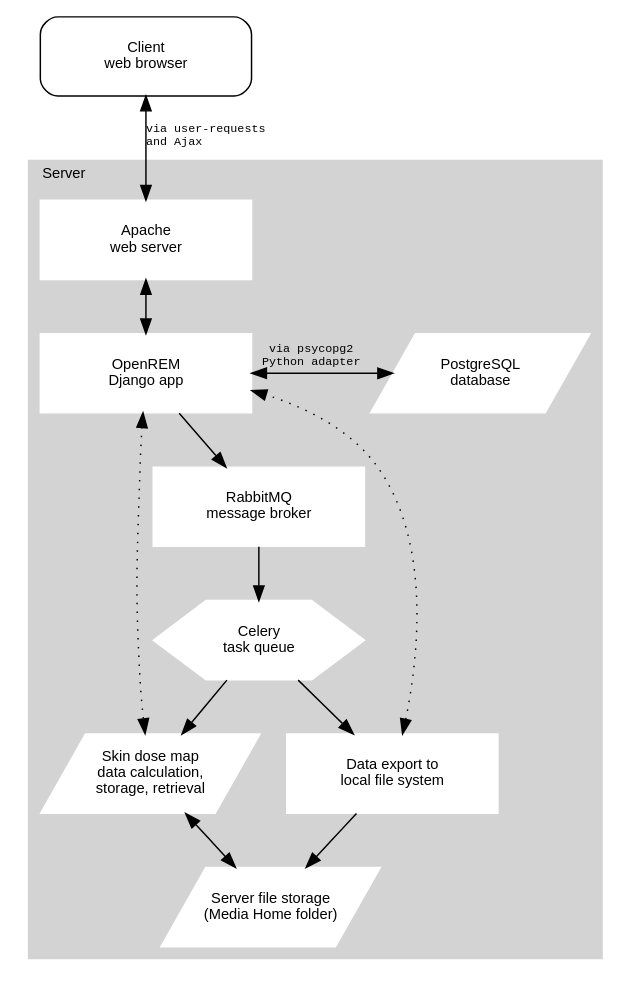
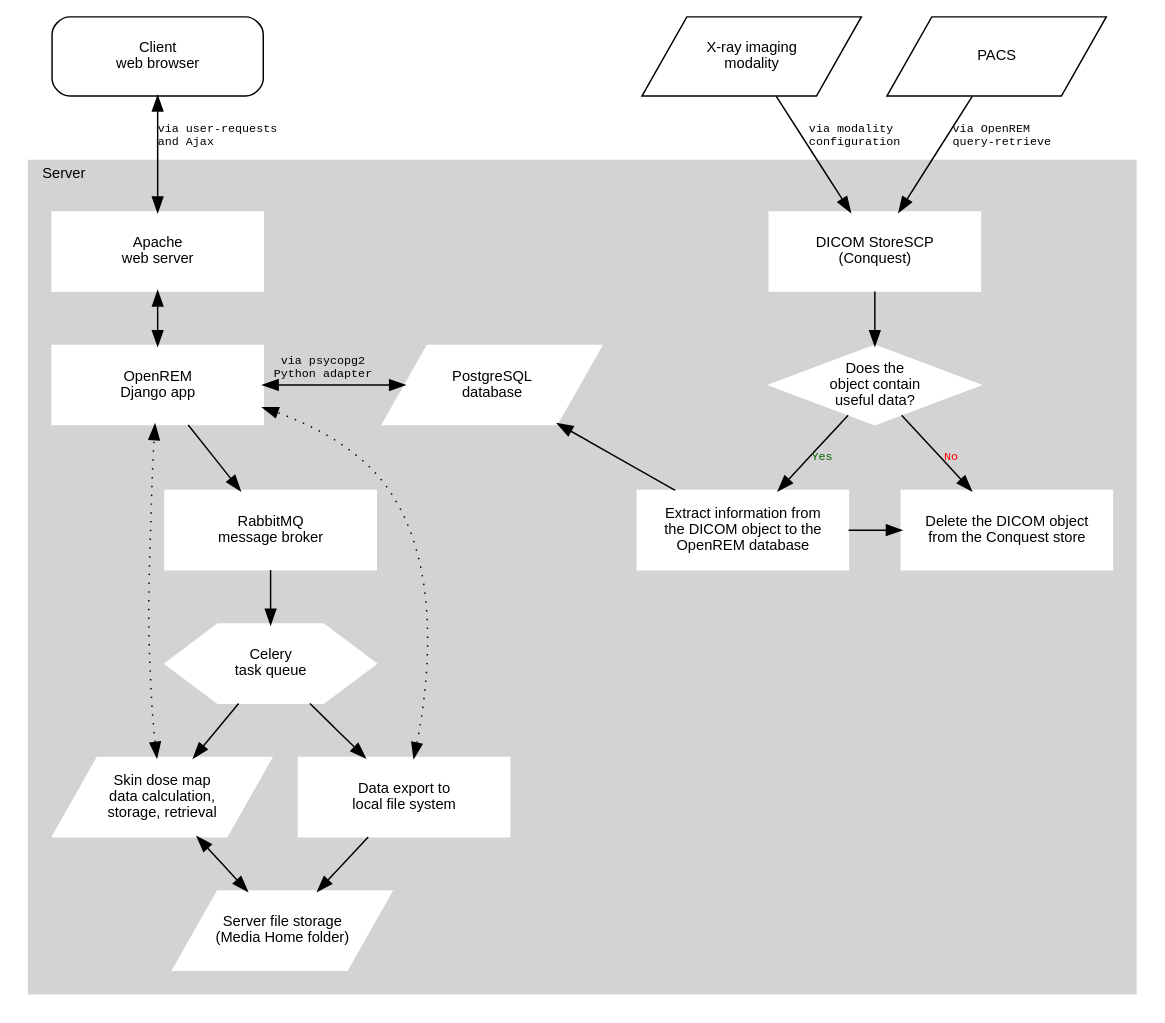
Before and after one commit to ckswilliams/modOpenREM: the diagram in docs/testgraphviz.rst, drawn with Graphviz. The commit also changed other lines of this file, not shown here.

Commit message:
Combined the two diagrams into one. References issue #448

```diff
--- a/docs/testgraphviz.rst
+++ b/docs/testgraphviz.rst
@@ -7,47 +4,78 @@
 .. graphviz::
 
    digraph {
       node [fixedsize=true width=2.0 height=0.75 fontsize=10 margin="0.0,0.0"];
 
       // Define the things on the server
       subgraph cluster_server {
+
          label="Server";
          tooltip="The server";
          labeljust=l;
          fontname="Helvetica";
          fontsize=10;
          style=filled;
          color=lightgrey;
          node [style=filled color=white];
 
-         // Define the nodes
-         webserver [label="Apache\nweb server" fontname="Helvetica" tooltip="Serve web pages to the user" shape="box"];
-         python_django [label="OpenREM\nDjango app" fontname="Helvetica" tooltip="Python web framework" shape="box"];
-         database [label="PostgreSQL\ndatabase" fontname="Helvetica" tooltip="Relational database management system" shape="parallelogram"];
-         rabbitmq [label="RabbitMQ\nmessage broker" fontname="Helvetica" tooltip="Message broker" shape="box"];
-         celery [label="Celery\ntask queue" fontname="Helvetica" tooltip="Asynchronous task queue" shape="hexagon"];
-         skin_dose_map_data [label="Skin dose map\ndata calculation,\nstorage, retrieval" fontname="Helvetica" tooltip="Calculate, store and retrieve skin dose map data" shape="parallelogram"];
-         server_media_folder [label="Server file storage\n(Media Home folder)" fontname="Helvetica" tooltip="File storage on the server" shape="parallelogram"];
-         data_export [label="Data export to\nlocal file system" fontname="Helvetica" tooltip="Files are made available to the user via a web page URL" shape="box"];
+         subgraph cluster_processing {
+            label="";
 
-         // Define the links between the nodes
-         webserver -> python_django [dir=both];
-         python_django -> database [dir=both label="via psycopg2\nPython adapter" fontsize=8 fontname="Courier"];
-         python_django -> rabbitmq;
-         rabbitmq -> celery;
-         celery -> skin_dose_map_data;
-         celery -> data_export;
-         skin_dose_map_data -> server_media_folder [dir=both];
-         skin_dose_map_data -> python_django [style=dotted dir=both];
-         data_export -> server_media_folder;
-         data_export -> python_django [style=dotted dir=both];
+            // Define the nodes
+            webserver [label="Apache\nweb server" fontname="Helvetica" tooltip="Serve web pages to the user" shape="box"];
+            python_django [label="OpenREM\nDjango app" fontname="Helvetica" tooltip="Python web framework" shape="box"];
+            database [label="PostgreSQL\ndatabase" fontname="Helvetica" tooltip="Relational database management system" shape="parallelogram"];
+            rabbitmq [label="RabbitMQ\nmessage broker" fontname="Helvetica" tooltip="Message broker" shape="box"];
+            celery [label="Celery\ntask queue" fontname="Helvetica" tooltip="Asynchronous task queue" shape="hexagon"];
+            skin_dose_map_data [label="Skin dose map\ndata calculation,\nstorage, retrieval" fontname="Helvetica" tooltip="Calculate, store and retrieve skin dose map data" shape="parallelogram"];
+            server_media_folder [label="Server file storage\n(Media Home folder)" fontname="Helvetica" tooltip="File storage on the server" shape="parallelogram"];
+            data_export [label="Data export to\nlocal file system" fontname="Helvetica" tooltip="Files are made available to the user via a web page URL" shape="box"];
 
-         // Force python_django and the database to be on the same level
-         {rank=same; python_django database}
-         {rank=same; skin_dose_map_data data_export}
+            // Define the links between the nodes
+            webserver -> python_django [dir=both];
+            python_django -> database [dir=both label="via psycopg2\nPython adapter" fontsize=8 fontname="Courier"];
+            python_django -> rabbitmq;
+            rabbitmq -> celery;
+            celery -> skin_dose_map_data;
+            celery -> data_export;
+            skin_dose_map_data -> server_media_folder [dir=both];
+            skin_dose_map_data -> python_django [style=dotted dir=both];
+            data_export -> server_media_folder;
+            data_export -> python_django [style=dotted dir=both];
+
+            // Force python_django and the database to be on the same level
+            {rank=same; python_django database}
+            {rank=same; skin_dose_map_data data_export}
+         }
+         
+         subgraph cluster_acquire_data {
+            label = "";
+
+            conquest_script -> populate_database [label="Yes" fontcolor=darkgreen fontsize=8 fontname="Courier"];
+            populate_database -> delete_object;
+            conquest_script -> delete_object [label="No" fontcolor=red fontsize=8 fontname="Courier"];
+            conquest -> conquest_script;
+
+            {rank=same; populate_database delete_object};
+         }
+
+         conquest [label="DICOM StoreSCP\n(Conquest)" fontname="Helvetica" tooltip="Conquest, acting as a DICOM storage SCP" shape="box"];
+         conquest_script [shape=diamond label="Does the\nobject contain\nuseful data?" fontname="Helvetica" tooltip="Process the rules in dicom.ini"];
+         populate_database [label="Extract information from\nthe DICOM object to the\nOpenREM database" fontname="Helvetica", tooltip="Extract data using OpenREM's python scripts" shape="box"];
+         delete_object [label="Delete the DICOM object\nfrom the Conquest store" fontname="Helvetica" tooltip="Delete the DICOM object from the local store SCP" shape="box"];
+         
+         database -> populate_database [dir=back]
       }
 
       // Define the web browser
       web_browser [label="Client\nweb browser" fontname="Helvetica" tooltip="The user's web browser" shape="box" style=rounded];
       web_browser -> webserver [dir=both label="via user-requests\land Ajax\l" fontsize=8 fontname="Courier" tooltip="Ajax used to retrieve chart data"];
+
+      modality [label="X-ray imaging\nmodality" fontname="Helvetica" tooltip="Data send from an x-ray imaging modality" shape="parallelogram"];
+      pacs [label="PACS" fontname="Helvetica" tooltip="A Picture Archiving and Communication System" shape="parallelogram"];
+      
+      modality -> conquest [label="via modality\lconfiguration\l" fontsize=8 fontname="Courier"];
+      pacs -> conquest [label="via OpenREM\lquery-retrieve\l" fontsize=8 fontname="Courier"];
+      
+      {rank=same; web_browser modality pacs};
    }
```
